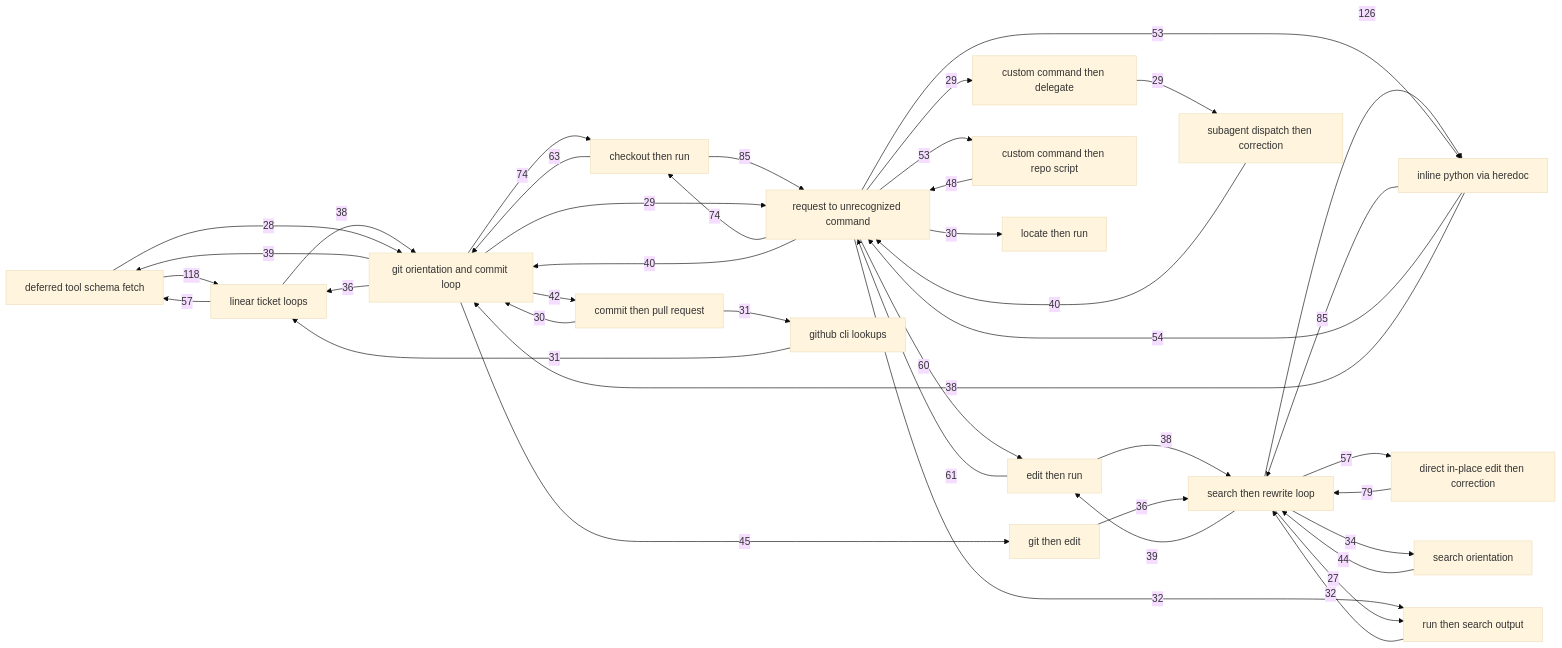
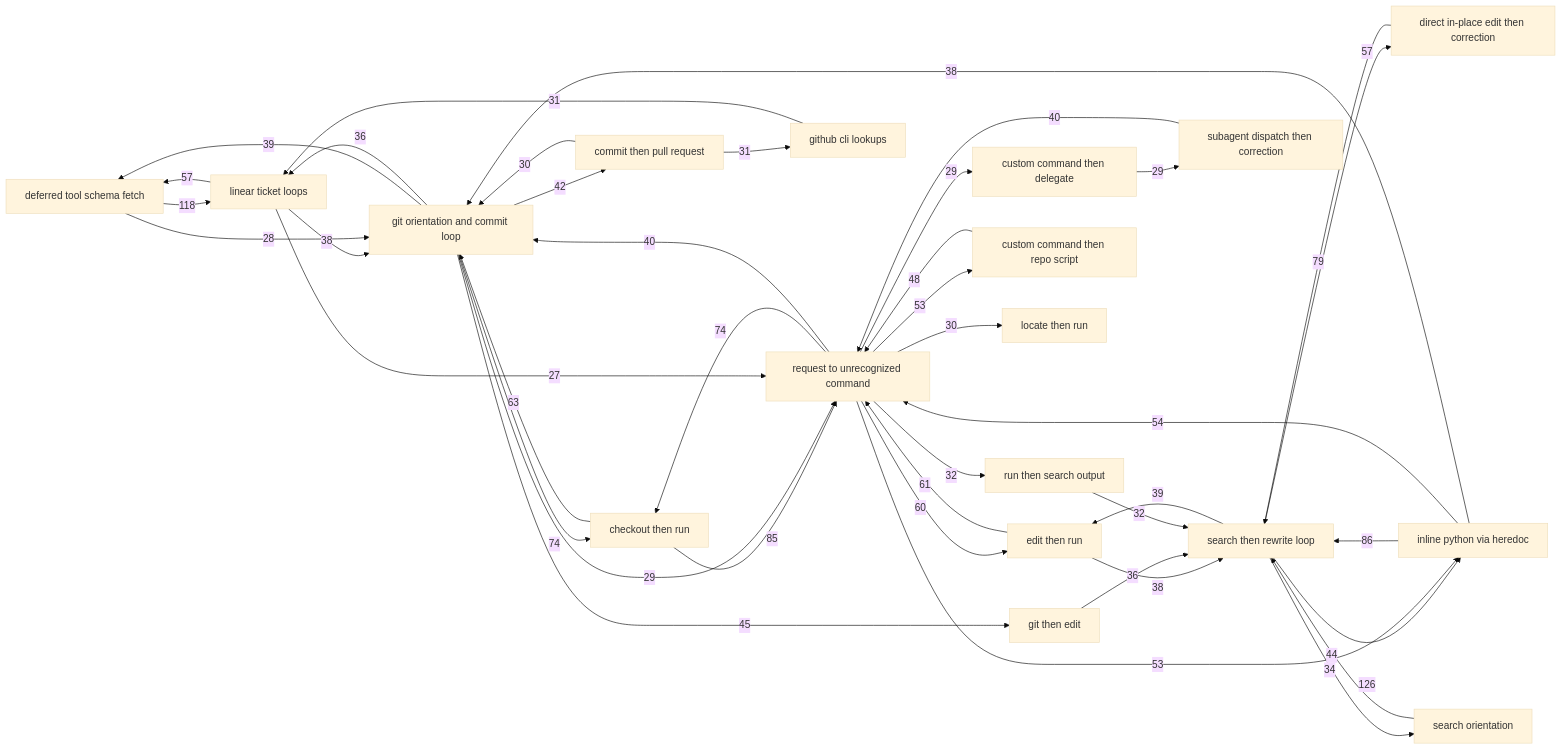
The diagram in candidates.md (aidanff/comb), drawn with Mermaid (base theme) before and after one commit. The commit also changed other lines of this file and 2 other files, not shown here.

````diff
--- a/candidates.md
+++ b/candidates.md
@@ -269,61 +269,61 @@
 ```mermaid
 graph LR
   N001["deferred tool schema fetch"]
   N002["request to unrecognized command"]
   N003["git orientation and commit loop"]
   N004["linear ticket loops"]
   N006["inline python via heredoc"]
   N007["search then rewrite loop"]
   N009["checkout then run"]
   N010["direct in-place edit then correction"]
   N011["subagent dispatch then correction"]
   N012["search orientation"]
   N014["edit then run"]
   N015["github cli lookups"]
   N016["run then search output"]
   N017["git then edit"]
   N019["commit then pull request"]
   N020["custom command then repo script"]
   N022["locate then run"]
   N029["custom command then delegate"]
   N007 -->|126| N006
   N001 -->|118| N004
-  N006 -->|85| N007
+  N006 -->|86| N007
   N009 -->|85| N002
   N010 -->|79| N007
   N002 -->|74| N009
   N003 -->|74| N009
   N009 -->|63| N003
   N014 -->|61| N002
   N002 -->|60| N014
   N004 -->|57| N001
   N007 -->|57| N010
   N006 -->|54| N002
   N002 -->|53| N006
   N002 -->|53| N020
   N020 -->|48| N002
   N003 -->|45| N017
   N012 -->|44| N007
   N003 -->|42| N019
   N002 -->|40| N003
   N011 -->|40| N002
   N003 -->|39| N001
   N007 -->|39| N014
   N004 -->|38| N003
   N006 -->|38| N003
   N014 -->|38| N007
   N003 -->|36| N004
   N017 -->|36| N007
   N007 -->|34| N012
   N002 -->|32| N016
   N016 -->|32| N007
   N015 -->|31| N004
   N019 -->|31| N015
   N002 -->|30| N022
   N019 -->|30| N003
   N002 -->|29| N029
   N003 -->|29| N002
   N029 -->|29| N011
   N001 -->|28| N003
-  N007 -->|27| N016
+  N004 -->|27| N002
 ```
````
